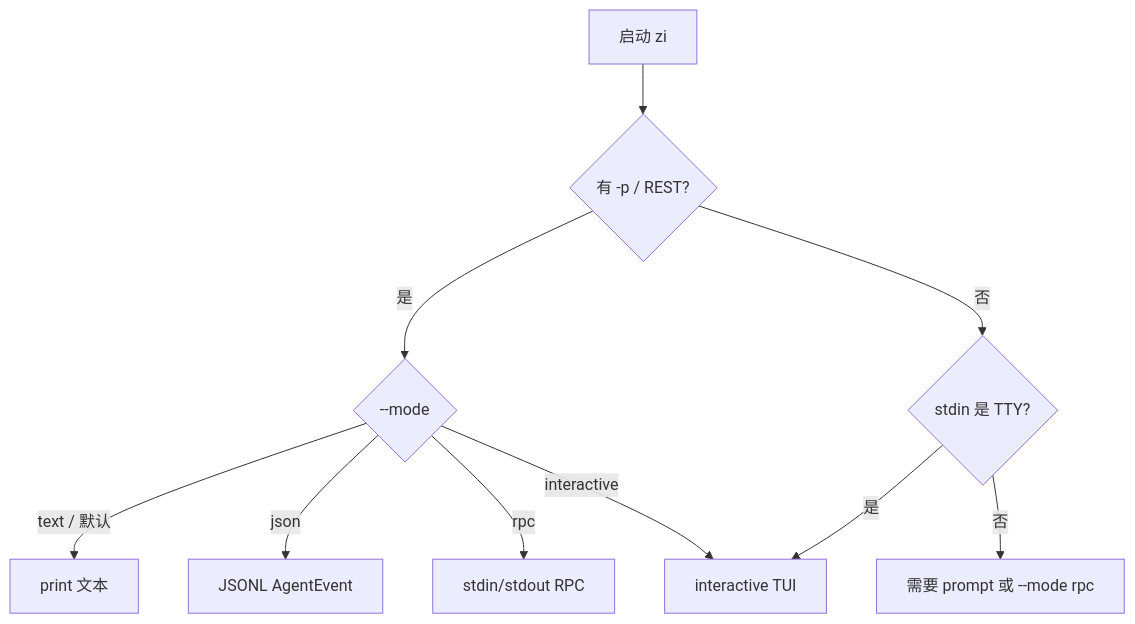
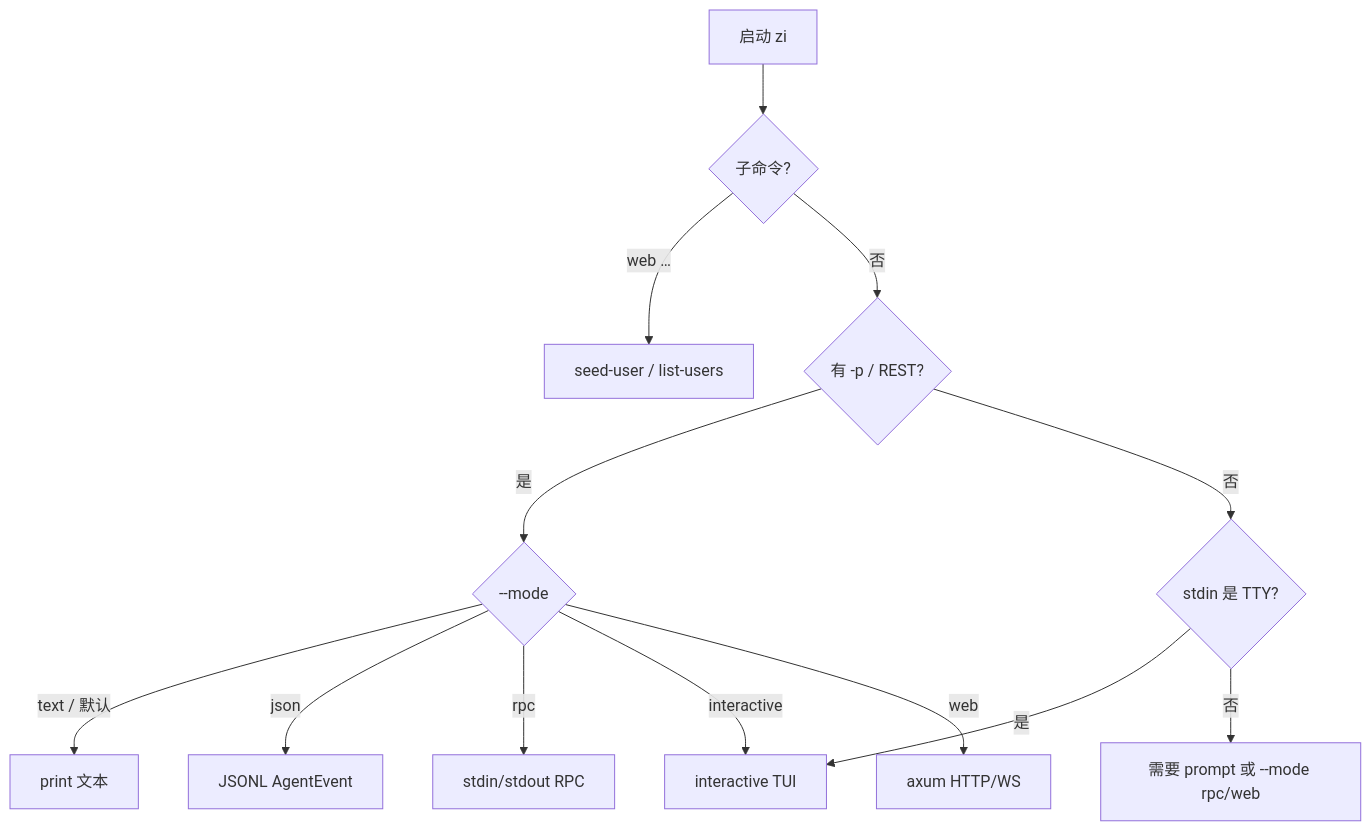
Before and after one commit to myopz/zi: the first of 2 diagrams in docs/CLI.md, drawn with Mermaid. The commit also changed other lines of this file and 66 other files, not shown here.

````diff
--- a/docs/CLI.md
+++ b/docs/CLI.md
@@ -11,12 +11,15 @@
 ```mermaid
 flowchart TD
-  START[启动 zi] --> HAS{有 -p / REST?}
+  START[启动 zi] --> SUB{子命令?}
+  SUB -->|web …| ADMIN[seed-user / list-users]
+  SUB -->|否| HAS{有 -p / REST?}
   HAS -->|是| MODE{--mode}
   HAS -->|否| TTY{stdin 是 TTY?}
   TTY -->|是| INT[interactive TUI]
-  TTY -->|否| NEED[需要 prompt 或 --mode rpc]
+  TTY -->|否| NEED[需要 prompt 或 --mode rpc/web]
   MODE -->|text / 默认| PRINT[print 文本]
   MODE -->|json| JSON[JSONL AgentEvent]
   MODE -->|rpc| RPC[stdin/stdout RPC]
   MODE -->|interactive| INT
+  MODE -->|web| WEB[axum HTTP/WS]
 ```
````
